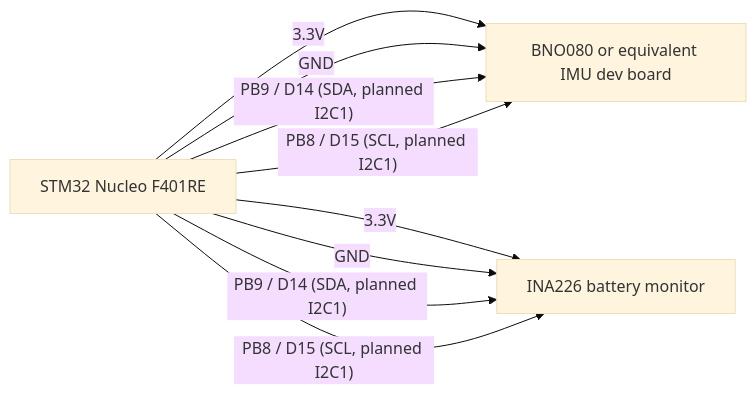
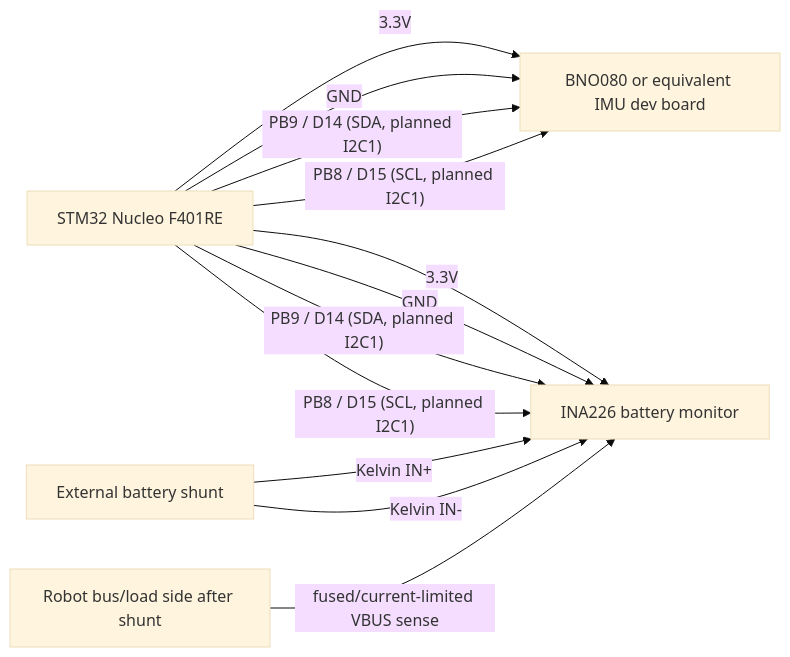
The second of 3 diagrams in docs/hardware/wiring_schematic.md (KartikMehta-1/AMR-development), drawn with Mermaid (base theme) before and after one commit. The commit also changed other lines of this file and 9 other files, not shown here.

````diff
--- a/docs/hardware/wiring_schematic.md
+++ b/docs/hardware/wiring_schematic.md
@@ -240,14 +244,19 @@
 ```mermaid
 graph LR
   STM[STM32 Nucleo F401RE]
   IMU[BNO080 or equivalent IMU dev board]
   INA[INA226 battery monitor]
   STM -- "3.3V" --> IMU
   STM -- "GND" --> IMU
   STM -- "PB9 / D14 (SDA, planned I2C1)" --> IMU
   STM -- "PB8 / D15 (SCL, planned I2C1)" --> IMU
   STM -- "3.3V" --> INA
   STM -- "GND" --> INA
   STM -- "PB9 / D14 (SDA, planned I2C1)" --> INA
   STM -- "PB8 / D15 (SCL, planned I2C1)" --> INA
+  SHUNT[External battery shunt]
+  BUS[Robot bus/load side after shunt]
+  SHUNT -- "Kelvin IN+" --> INA
+  SHUNT -- "Kelvin IN-" --> INA
+  BUS -- "fused/current-limited VBUS sense" --> INA
 ```
````
